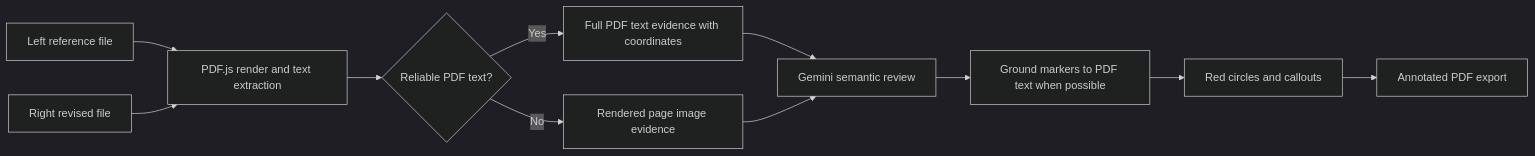
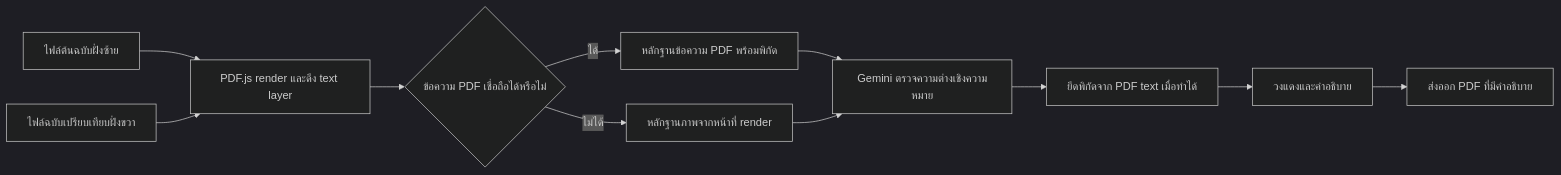
One commit to Conthium/le-pdfscan changed the diagram in README.md. Above: the diagram before and after it, drawn with Mermaid (dark theme). The commit also changed other lines of this file and 2 other files, not shown here.

````diff
--- a/README.md
+++ b/README.md
@@ -32,13 +35,13 @@
 ```mermaid
 flowchart LR
-  A["Left reference file"] --> C["PDF.js render and text extraction"]
-  B["Right revised file"] --> C
-  C --> D{"Reliable PDF text?"}
-  D -->|"Yes"| E["Full PDF text evidence with coordinates"]
-  D -->|"No"| F["Rendered page image evidence"]
-  E --> G["Gemini semantic review"]
+  A["ไฟล์ต้นฉบับฝั่งซ้าย"] --> C["PDF.js render และดึง text layer"]
+  B["ไฟล์ฉบับเปรียบเทียบฝั่งขวา"] --> C
+  C --> D{"ข้อความ PDF เชื่อถือได้หรือไม่"}
+  D -->|"ได้"| E["หลักฐานข้อความ PDF พร้อมพิกัด"]
+  D -->|"ไม่ได้"| F["หลักฐานภาพจากหน้าที่ render"]
+  E --> G["Gemini ตรวจความต่างเชิงความหมาย"]
   F --> G
-  G --> H["Ground markers to PDF text when possible"]
-  H --> I["Red circles and callouts"]
-  I --> J["Annotated PDF export"]
+  G --> H["ยึดพิกัดจาก PDF text เมื่อทำได้"]
+  H --> I["วงแดงและคำอธิบาย"]
+  I --> J["ส่งออก PDF ที่มีคำอธิบาย"]
 ```
````
